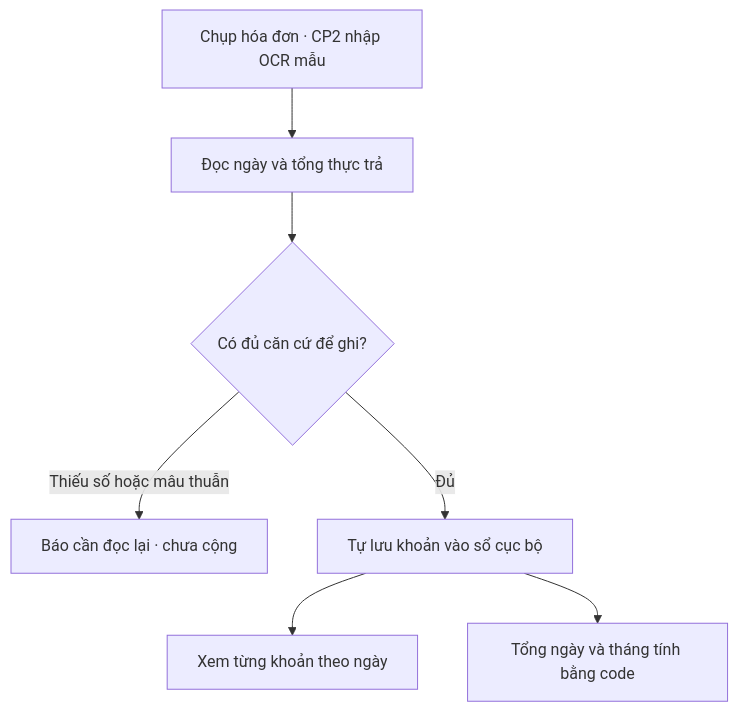
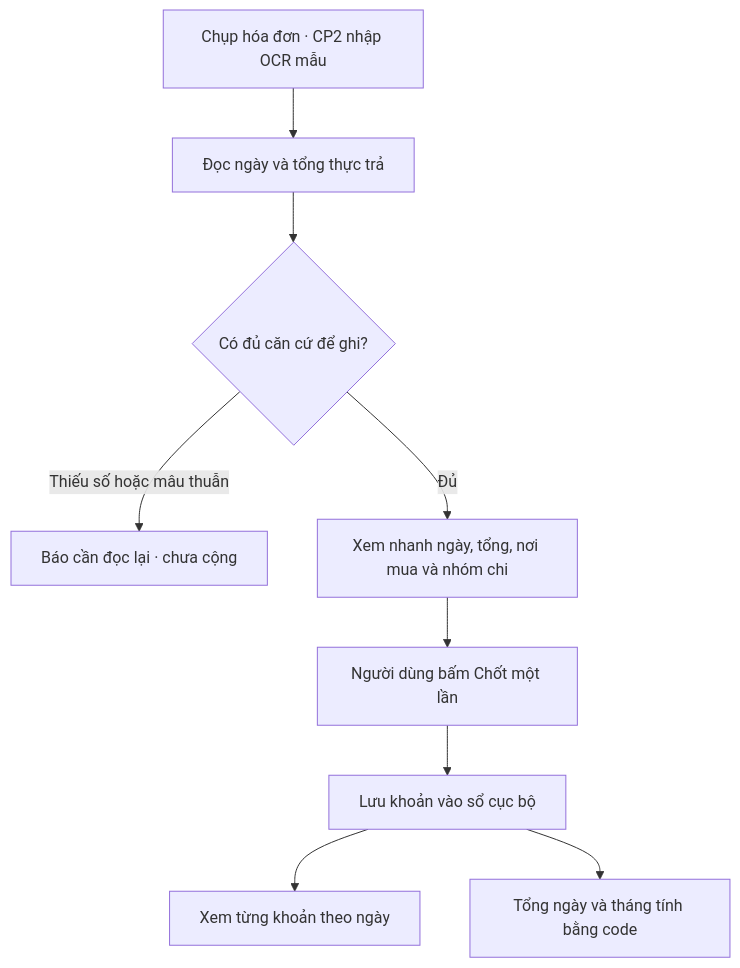
One commit to VinUni-AI20k/K5-L3-Day15-AI-Product-Hackathon changed the diagram in spec.md. Above: the diagram before and after it, drawn with Mermaid. The commit also changed other lines of this file and 8 other files, not shown here.

````diff
--- a/spec.md
+++ b/spec.md
@@ -47,9 +47,11 @@
 ```mermaid
 flowchart TD
     U["Chụp hóa đơn · CP2 nhập OCR mẫu"] --> V["Đọc ngày và tổng thực trả"]
     V --> K{"Có đủ căn cứ để ghi?"}
     K -- "Thiếu số hoặc mâu thuẫn" --> P["Báo cần đọc lại · chưa cộng"]
-    K -- "Đủ" --> W["Tự lưu khoản vào sổ cục bộ"]
+    K -- "Đủ" --> V2["Xem nhanh ngày, tổng, nơi mua và nhóm chi"]
+    V2 --> C["Người dùng bấm Chốt một lần"]
+    C --> W["Lưu khoản vào sổ cục bộ"]
     W --> D["Xem từng khoản theo ngày"]
     W --> M["Tổng ngày và tháng tính bằng code"]
 ```
````
